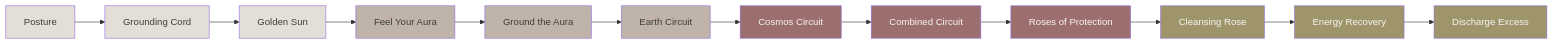
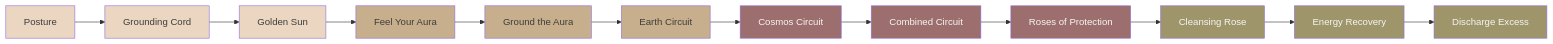
Before and after one commit to Light-Brands/roses-os: diagram 12 of 28 in docs/brand/brand-dna.md, drawn with Mermaid. The commit also changed other lines of this file and 2 other files, not shown here.

````diff
--- a/docs/brand/brand-dna.md
+++ b/docs/brand/brand-dna.md
@@ -591,27 +591,27 @@
 ```mermaid
 graph LR
     A["Posture"] --> B["Grounding Cord"]
     B --> C["Golden Sun"]
     C --> D["Feel Your Aura"]
     D --> E["Ground the Aura"]
     E --> F["Earth Circuit"]
     F --> G["Cosmos Circuit"]
     G --> H["Combined Circuit"]
     H --> I["Roses of Protection"]
     I --> J["Cleansing Rose"]
     J --> K["Energy Recovery"]
     K --> L["Discharge Excess"]
 
-    style A fill:#E4DED8,color:#3F3E3C
-    style B fill:#E4DED8,color:#3F3E3C
-    style C fill:#E4DED8,color:#3F3E3C
-    style D fill:#BFB3AA,color:#3F3E3C
-    style E fill:#BFB3AA,color:#3F3E3C
-    style F fill:#BFB3AA,color:#3F3E3C
+    style A fill:#EBD6C1,color:#3F3E3C
+    style B fill:#EBD6C1,color:#3F3E3C
+    style C fill:#EBD6C1,color:#3F3E3C
+    style D fill:#C7AE8C,color:#3F3E3C
+    style E fill:#C7AE8C,color:#3F3E3C
+    style F fill:#C7AE8C,color:#3F3E3C
     style G fill:#9C6F6E,color:#F7F5F2
     style H fill:#9C6F6E,color:#F7F5F2
     style I fill:#9C6F6E,color:#F7F5F2
     style J fill:#9E956B,color:#F7F5F2
     style K fill:#9E956B,color:#F7F5F2
     style L fill:#9E956B,color:#F7F5F2
 ```
````
